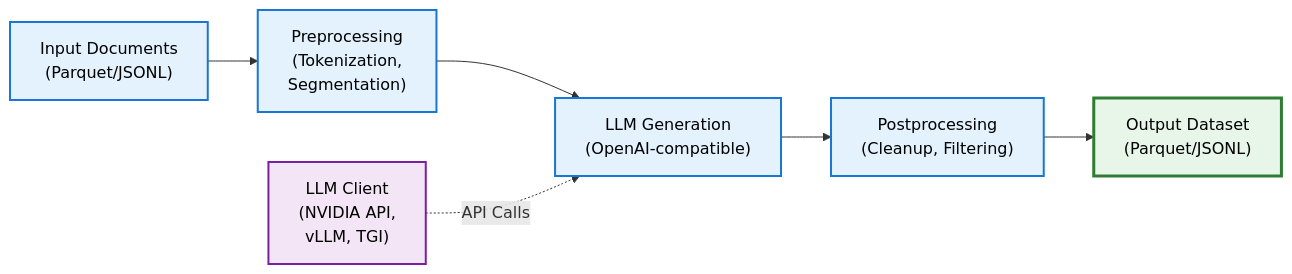
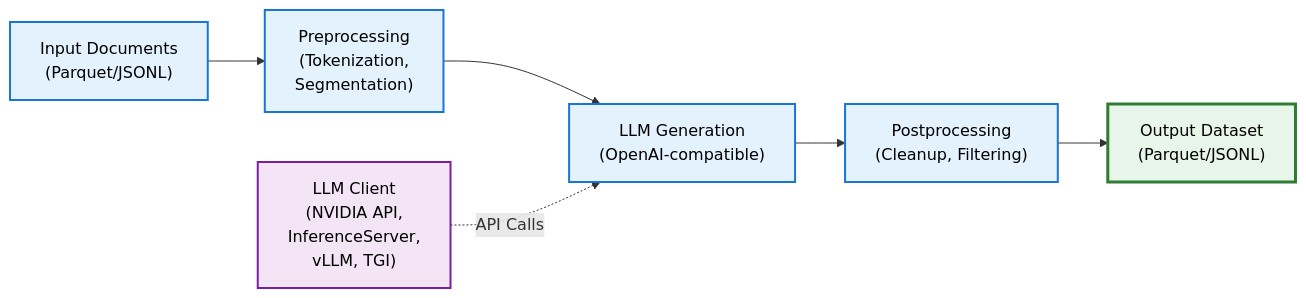
One commit to NVIDIA-NeMo/Curator changed the diagram in fern/versions/v26.04/pages/curate-text/synthetic/index.mdx. Above: the diagram before and after it, drawn with Mermaid. The commit also changed other lines of this file and 5 other files, not shown here.

First line of the commit message:
docs: add InferenceServer guide and update SDG docs for PR #1541

````diff
--- a/fern/versions/v26.04/pages/curate-text/synthetic/index.mdx
+++ b/fern/versions/v26.04/pages/curate-text/synthetic/index.mdx
@@ -44,17 +44,17 @@
 ```mermaid
 flowchart LR
     A["Input Documents<br/>(Parquet/JSONL)"] --> B["Preprocessing<br/>(Tokenization,<br/>Segmentation)"]
     B --> C["LLM Generation<br/>(OpenAI-compatible)"]
     C --> D["Postprocessing<br/>(Cleanup, Filtering)"]
     D --> E["Output Dataset<br/>(Parquet/JSONL)"]
     
-    F["LLM Client<br/>(NVIDIA API,<br/>vLLM, TGI)"] -.->|"API Calls"| C
+    F["LLM Client<br/>(NVIDIA API,<br/>InferenceServer,<br/>vLLM, TGI)"] -.->|"API Calls"| C
     
     classDef stage fill:#e3f2fd,stroke:#1976d2,stroke-width:2px,color:#000
     classDef infra fill:#f3e5f5,stroke:#7b1fa2,stroke-width:2px,color:#000
     classDef output fill:#e8f5e9,stroke:#2e7d32,stroke-width:3px,color:#000
     
     class A,B,C,D stage
     class E output
     class F infra
 ```
````
